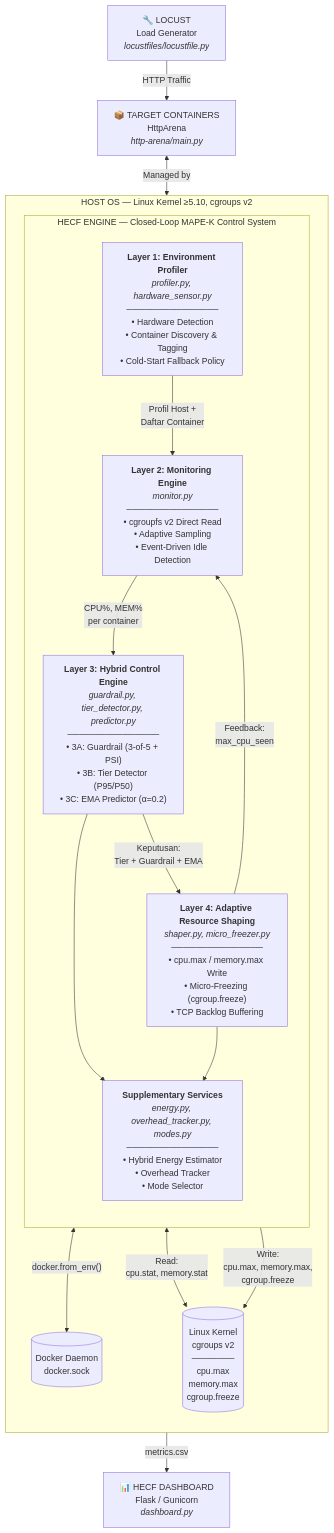
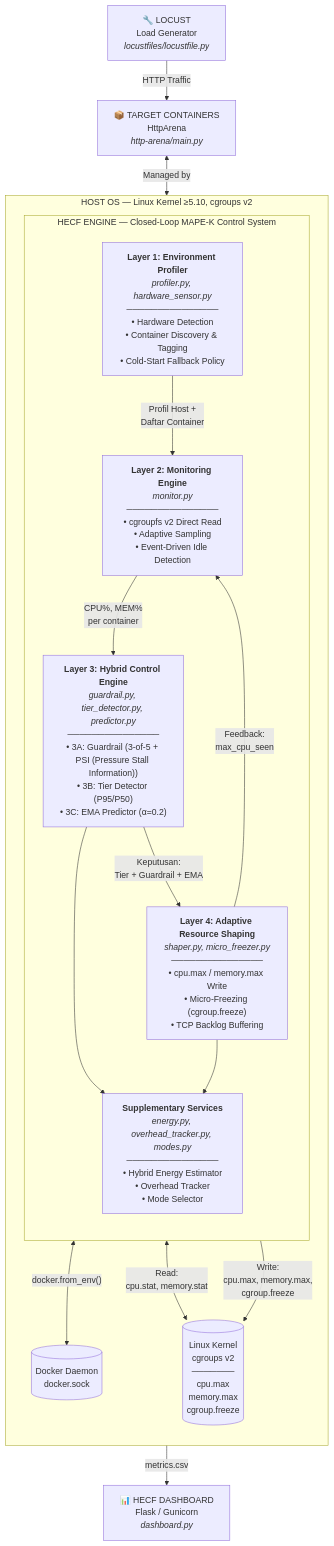
The first of 2 diagrams in architecture-diagrams/00-concept/big_picture.md (fauzanreza/green-container-framework), drawn with Mermaid before and after one commit. The commit also changed other lines of this file and 1 other file, not shown here.

````diff
--- a/architecture-diagrams/00-concept/big_picture.md
+++ b/architecture-diagrams/00-concept/big_picture.md
@@ -8,42 +8,42 @@
 ```mermaid
 flowchart TB
     subgraph HOST["HOST OS — Linux Kernel ≥5.10, cgroups v2"]
         direction TB
 
         subgraph MAPE["HECF ENGINE — Closed-Loop MAPE-K Control System"]
             direction TB
 
             L1["<b>Layer 1: Environment Profiler</b><br/><i>profiler.py, hardware_sensor.py</i><br/>───────────────<br/>• Hardware Detection<br/>• Container Discovery & Tagging<br/>• Cold-Start Fallback Policy"]
 
             L2["<b>Layer 2: Monitoring Engine</b><br/><i>monitor.py</i><br/>───────────────<br/>• cgroupfs v2 Direct Read<br/>• Adaptive Sampling<br/>• Event-Driven Idle Detection"]
 
-            L3["<b>Layer 3: Hybrid Control Engine</b><br/><i>guardrail.py, tier_detector.py, predictor.py</i><br/>───────────────<br/>• 3A: Guardrail (3-of-5 + PSI)<br/>• 3B: Tier Detector (P95/P50)<br/>• 3C: EMA Predictor (α=0.2)"]
+            L3["<b>Layer 3: Hybrid Control Engine</b><br/><i>guardrail.py, tier_detector.py, predictor.py</i><br/>───────────────<br/>• 3A: Guardrail (3-of-5 + PSI (Pressure Stall Information))<br/>• 3B: Tier Detector (P95/P50)<br/>• 3C: EMA Predictor (α=0.2)"]
 
             L4["<b>Layer 4: Adaptive Resource Shaping</b><br/><i>shaper.py, micro_freezer.py</i><br/>───────────────<br/>• cpu.max / memory.max Write<br/>• Micro-Freezing (cgroup.freeze)<br/>• TCP Backlog Buffering"]
 
             SUP["<b>Supplementary Services</b><br/><i>energy.py, overhead_tracker.py, modes.py</i><br/>───────────────<br/>• Hybrid Energy Estimator<br/>• Overhead Tracker<br/>• Mode Selector"]
 
             L1 -->|"Profil Host +<br/>Daftar Container"| L2
             L2 -->|"CPU%, MEM%<br/>per container"| L3
             L3 -->|"Keputusan:<br/>Tier + Guardrail + EMA"| L4
             L4 -->|"Feedback:<br/>max_cpu_seen"| L2
             L3 --> SUP
             L4 --> SUP
         end
 
         KERNEL[("Linux Kernel<br/>cgroups v2<br/>───────<br/>cpu.max<br/>memory.max<br/>cgroup.freeze")]
         DOCKER[("Docker Daemon<br/>docker.sock")]
 
         L1 <-->|"docker.from_env()"| DOCKER
         L2 <-->|"Read:<br/>cpu.stat, memory.stat"| KERNEL
         L4 -->|"Write:<br/>cpu.max, memory.max,<br/>cgroup.freeze"| KERNEL
     end
 
     LOCUST["🔧 LOCUST<br/>Load Generator<br/><i>locustfiles/locustfile.py</i>"]
     TARGET["📦 TARGET CONTAINERS<br/>HttpArena<br/><i>http-arena/main.py</i>"]
     DASH["📊 HECF DASHBOARD<br/>Flask / Gunicorn<br/><i>dashboard.py</i>"]
 
     LOCUST -->|"HTTP Traffic"| TARGET
     TARGET <-->|"Managed by"| DOCKER
     SUP -->|"metrics.csv"| DASH
 ```
````
